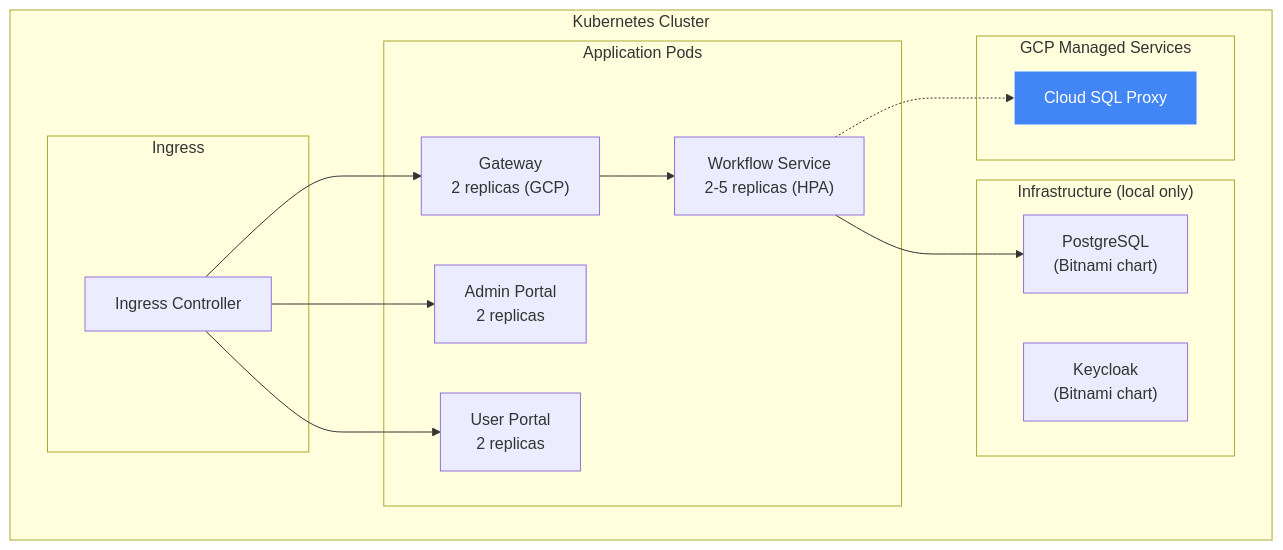
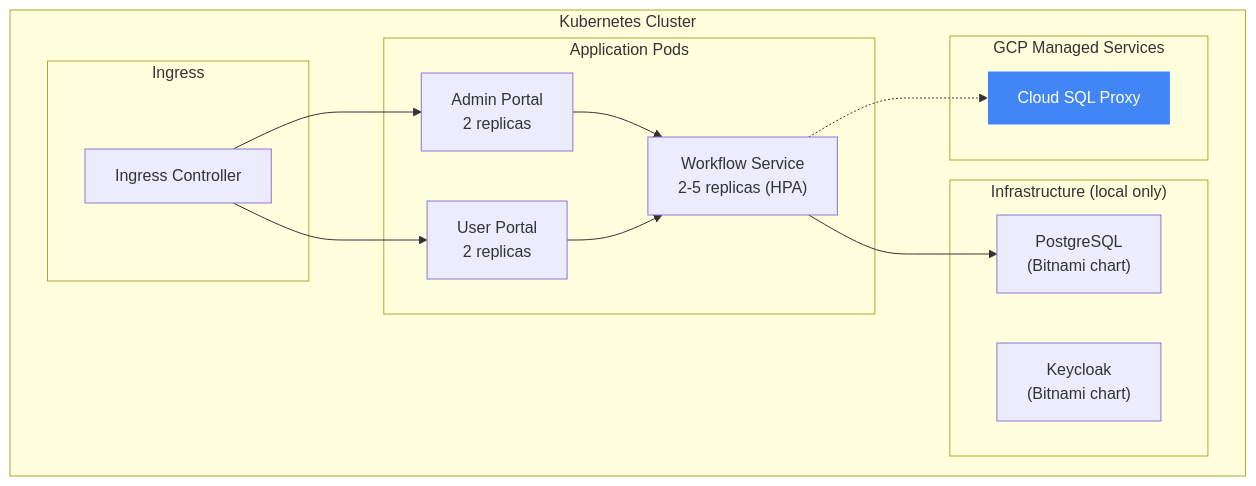
The sixth of 6 diagrams in docs/architecture/c4-deployment.md (mszalus/workflow-platform), drawn with Mermaid before and after one commit. The commit also changed other lines of this file and 61 other files, not shown here.

````diff
--- a/docs/architecture/c4-deployment.md
+++ b/docs/architecture/c4-deployment.md
@@ -147,33 +140,32 @@
 ```mermaid
 flowchart TD
     subgraph "Kubernetes Cluster"
         subgraph "Ingress"
             ING["Ingress Controller"]
         end
 
         subgraph "Application Pods"
-            GW["Gateway<br/>2 replicas (GCP)"]
             WF["Workflow Service<br/>2-5 replicas (HPA)"]
             AP["Admin Portal<br/>2 replicas"]
             UP["User Portal<br/>2 replicas"]
         end
 
         subgraph "Infrastructure (local only)"
             PG["PostgreSQL<br/>(Bitnami chart)"]
             KC["Keycloak<br/>(Bitnami chart)"]
         end
 
         subgraph "GCP Managed Services"
             CSQL["Cloud SQL Proxy"]
         end
     end
 
-    ING --> GW
     ING --> AP
     ING --> UP
-    GW --> WF
+    AP --> WF
+    UP --> WF
     WF --> PG
     WF -.-> CSQL
 
     style CSQL fill:#4285f4,stroke:#fff,color:#fff
 ```
````
